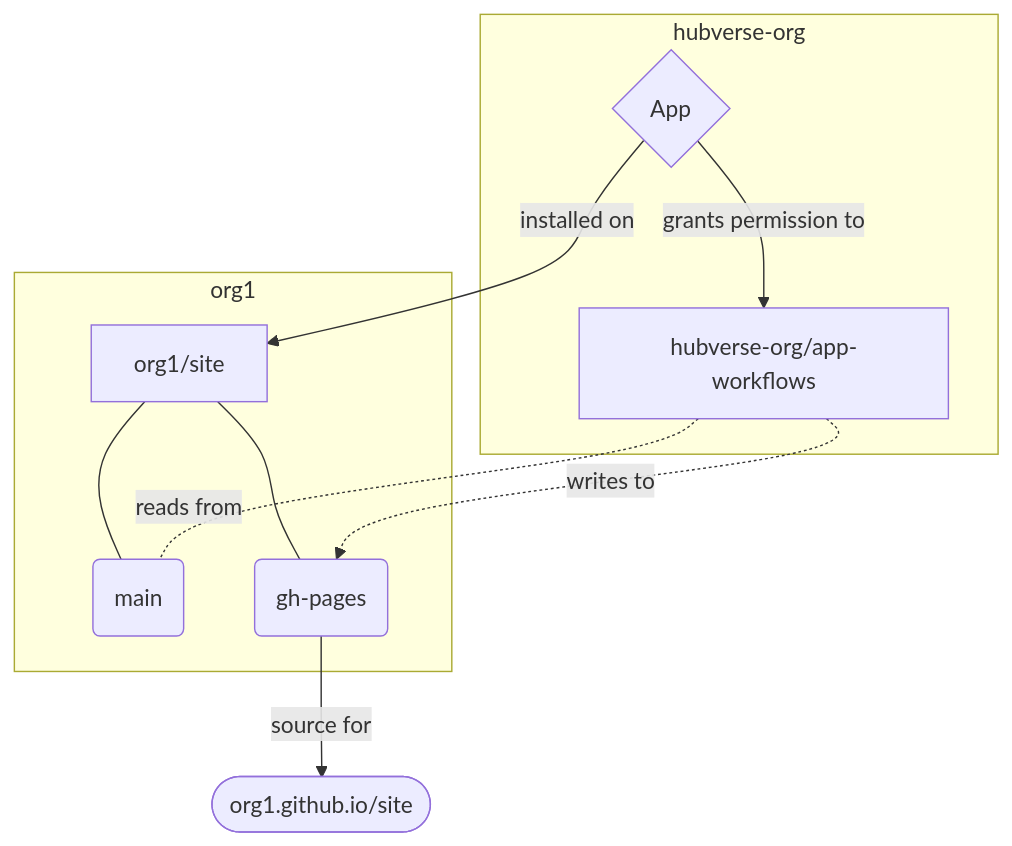
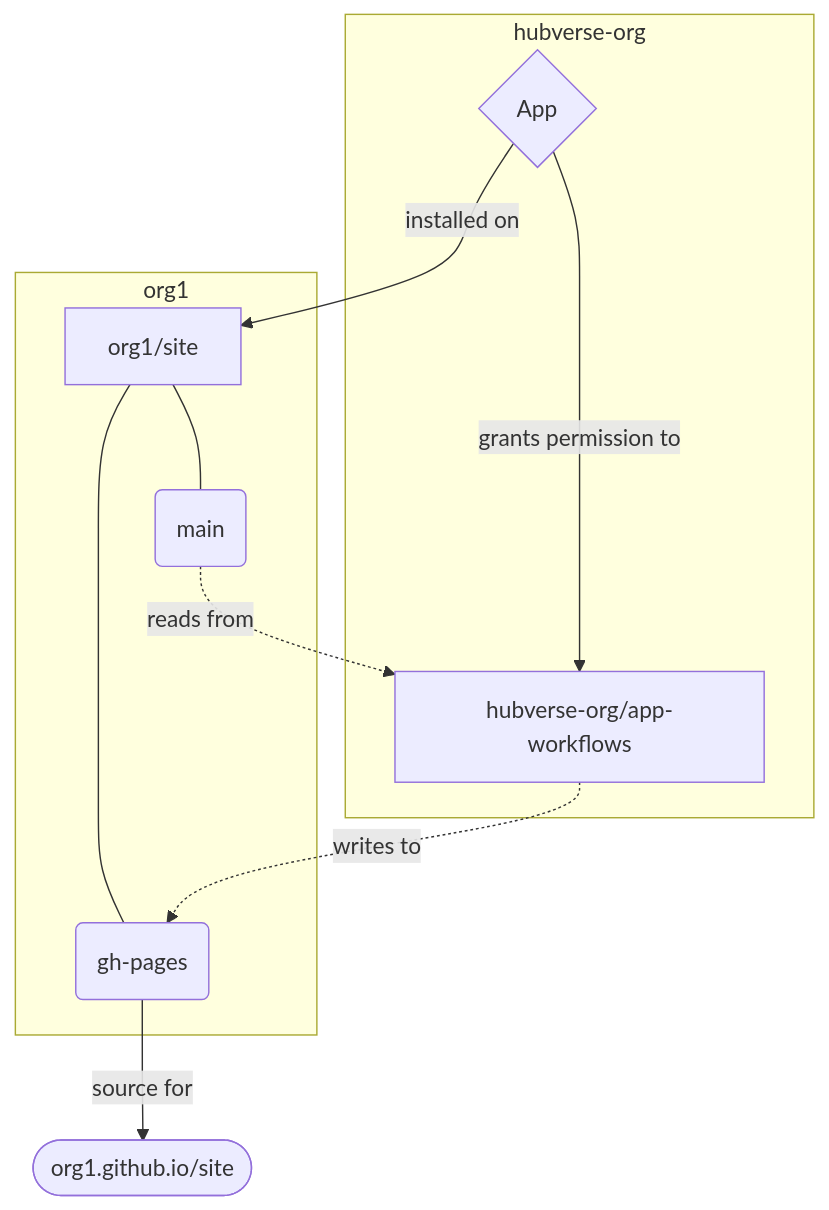
Before and after one commit to zkamvar/test-fictional-octo-disco: the second of 3 diagrams in README.md, drawn with Mermaid.

````diff
--- a/README.md
+++ b/README.md
@@ -58,23 +58,23 @@
 ```mermaid
 flowchart TD
     subgraph hubverse-org
     app{"App"}
     app-workflows["hubverse-org/app-workflows"]
     end
 
     subgraph org1
     site1-repo["org1/site"]
     main(main)
     gh-pages(gh-pages)
     end
 
     site1(["org1.github.io/site"])
 
     site1-repo---main
     site1-repo---gh-pages
-    app-workflows<-.-|reads from|main
+    main-.->|reads from|app-workflows
     app-->|grants permission to|app-workflows
     app-workflows-.->|writes to|gh-pages
     gh-pages-->|source for|site1
     app-->|installed on|site1-repo
 ```
````
